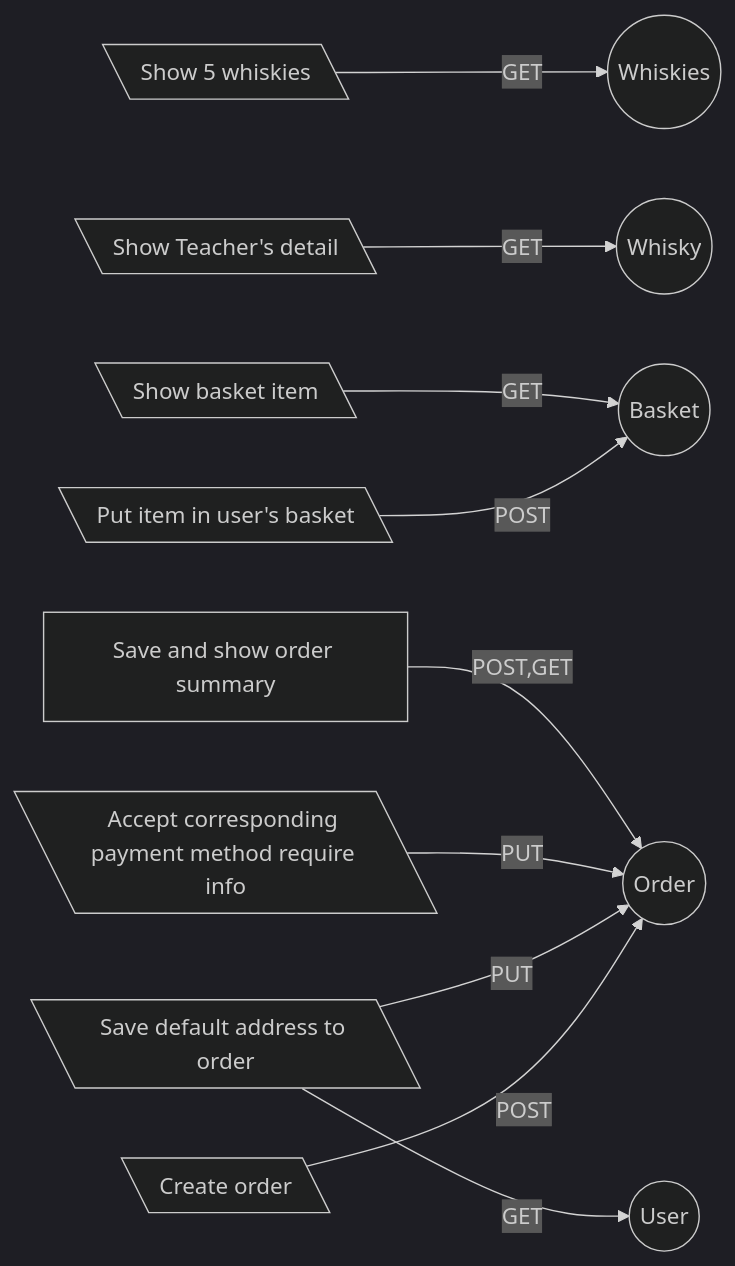
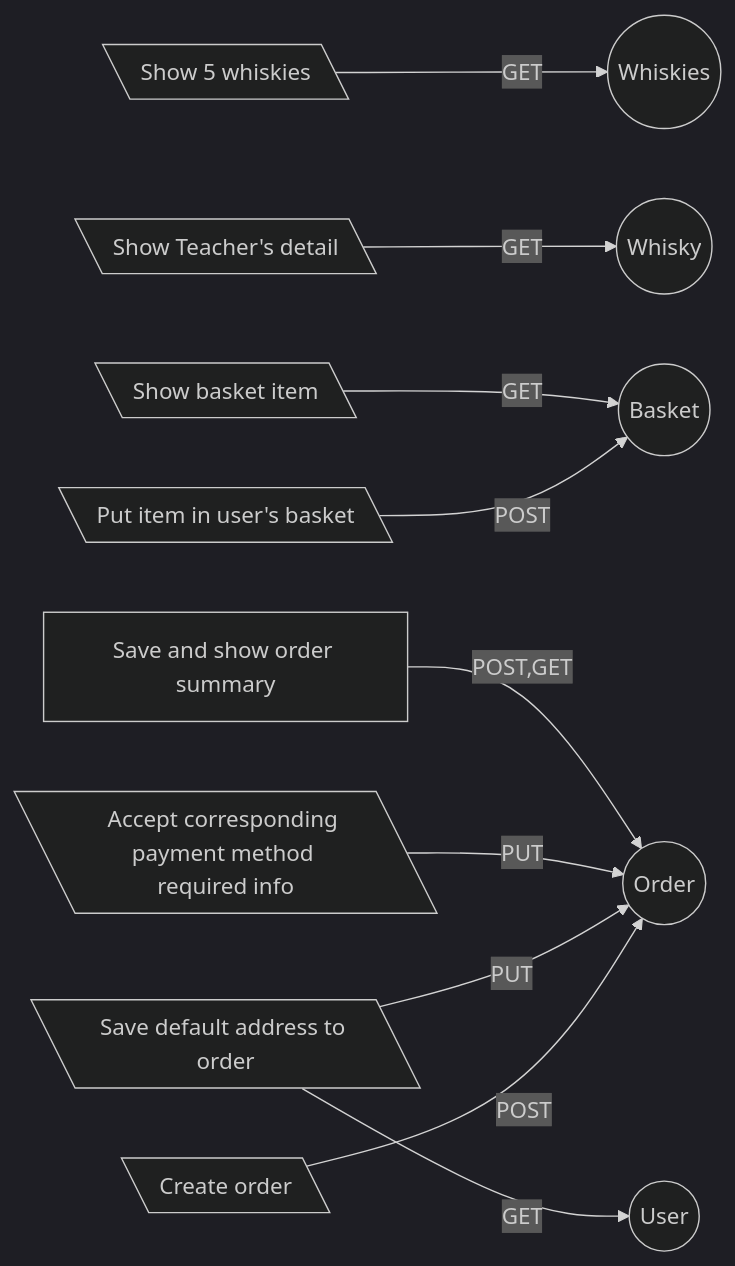
Before and after one commit to aniwat0554/assignment-java-boot-camp: the third of 4 diagrams in READMe.md, drawn with Mermaid (dark theme). The commit also changed other lines of this file, not shown here.

Commit message:
correct entity name
ShipmentInfo -> PaymentInfo

````diff
--- a/READMe.md
+++ b/READMe.md
@@ -24,13 +24,13 @@
 ```mermaid
     graph LR
     Catalog[\"Show 5 whiskies"\] --> |GET| Whiskies((Whiskies))
     Detail[\"Show Teacher's detail"\] -->|GET| Whisky(("Whisky"))
     BasketPut[\"Put item in user's basket"\] -->|POST| Basket(("Basket"))
     BasketShow[\Show basket item\] -->|GET| Basket((Basket)) 
     Payment[\"Create order"\] --> |POST| Order(("Order"))
     Shipping[\"Save default address to order"\] -->|GET| User(("User"))
     Shipping[\"Save default address to order"\] -->|PUT| Order(("Order"))
     
-    PaymentMethodSelect[\"Accept corresponding payment method require info"\]  -->|PUT| Order(("Order"))
+    PaymentMethodSelect[\"Accept corresponding payment method required info"\]  -->|PUT| Order(("Order"))
     Confirm["Save and show order summary"] -->|POST,GET| Order(("Order"))
 ```
````
